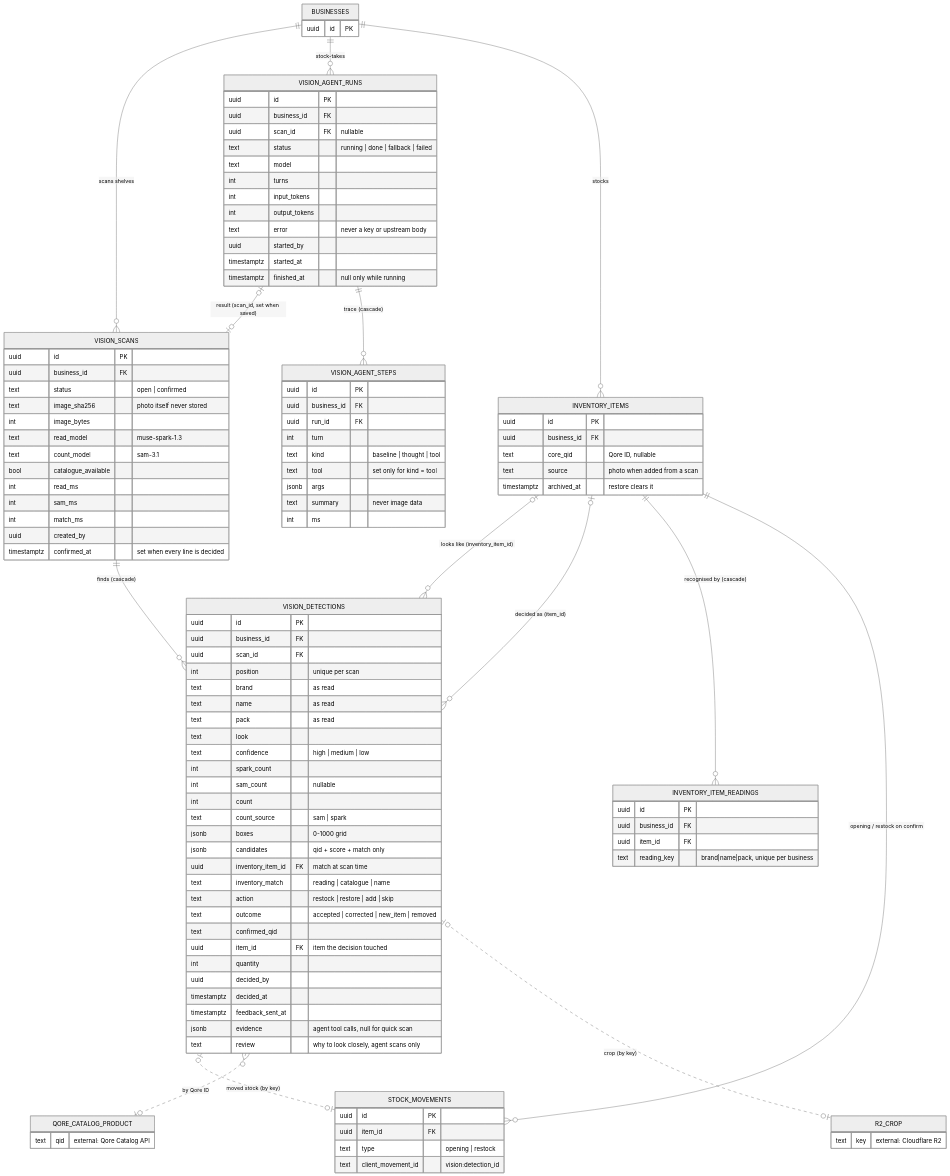
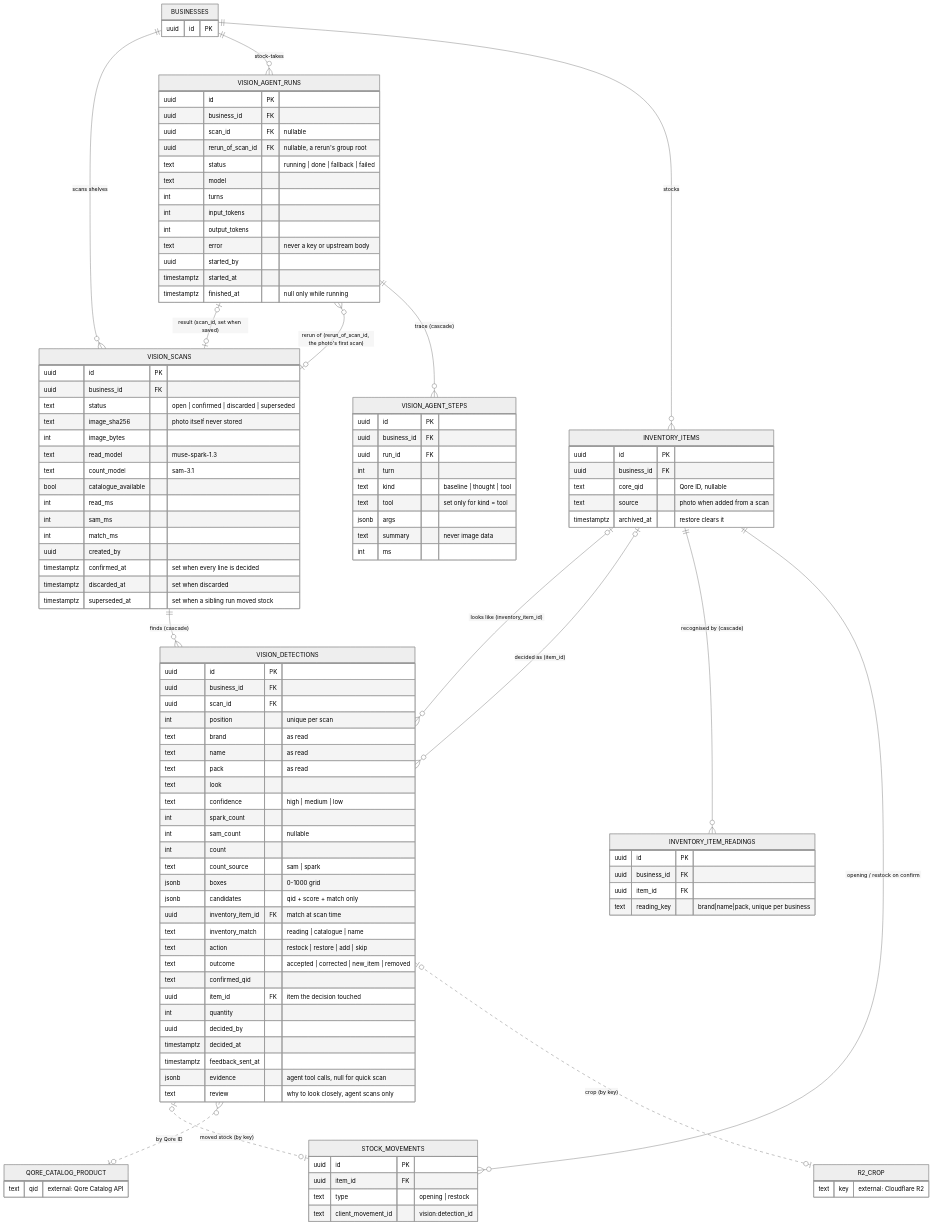
The diagram in docs/diagrams/mermaid/vision-schema-erd.mmd (usecorehq/tally), drawn with Mermaid before and after one commit. The commit also changed 7 other files, not shown here.

Commit message:
docs: stock-take rerun, discard and superseded scans

```diff
--- a/docs/diagrams/mermaid/vision-schema-erd.mmd
+++ b/docs/diagrams/mermaid/vision-schema-erd.mmd
@@ -1,114 +1,118 @@
 %%{init: {"theme": "neutral"} }%%
 erDiagram
     %% Solid line = foreign key in Postgres. Dashed line = soft link (a value, no FK).
     BUSINESSES ||--o{ VISION_SCANS : "scans shelves"
     BUSINESSES ||--o{ VISION_AGENT_RUNS : "stock-takes"
     BUSINESSES ||--o{ INVENTORY_ITEMS : stocks
     VISION_SCANS ||--o{ VISION_DETECTIONS : "finds (cascade)"
     VISION_AGENT_RUNS |o--o| VISION_SCANS : "result (scan_id, set when saved)"
+    VISION_AGENT_RUNS }o--o| VISION_SCANS : "rerun of (rerun_of_scan_id, the photo's first scan)"
     VISION_AGENT_RUNS ||--o{ VISION_AGENT_STEPS : "trace (cascade)"
     INVENTORY_ITEMS |o--o{ VISION_DETECTIONS : "looks like (inventory_item_id)"
     INVENTORY_ITEMS |o--o{ VISION_DETECTIONS : "decided as (item_id)"
     INVENTORY_ITEMS ||--o{ INVENTORY_ITEM_READINGS : "recognised by (cascade)"
     INVENTORY_ITEMS ||--o{ STOCK_MOVEMENTS : "opening / restock on confirm"
     VISION_DETECTIONS |o..o| STOCK_MOVEMENTS : "moved stock (by key)"
     VISION_DETECTIONS }o..o| QORE_CATALOG_PRODUCT : "by Qore ID"
     VISION_DETECTIONS |o..o| R2_CROP : "crop (by key)"
 
     BUSINESSES {
         uuid id PK
     }
     INVENTORY_ITEMS {
         uuid id PK
         uuid business_id FK
         text core_qid "Qore ID, nullable"
         text source "photo when added from a scan"
         timestamptz archived_at "restore clears it"
     }
     VISION_SCANS {
         uuid id PK
         uuid business_id FK
-        text status "open | confirmed"
+        text status "open | confirmed | discarded | superseded"
         text image_sha256 "photo itself never stored"
         int image_bytes
         text read_model "muse-spark-1.3"
         text count_model "sam-3.1"
         bool catalogue_available
         int read_ms
         int sam_ms
         int match_ms
         uuid created_by
         timestamptz confirmed_at "set when every line is decided"
+        timestamptz discarded_at "set when discarded"
+        timestamptz superseded_at "set when a sibling run moved stock"
     }
     VISION_DETECTIONS {
         uuid id PK
         uuid business_id FK
         uuid scan_id FK
         int position "unique per scan"
         text brand "as read"
         text name "as read"
         text pack "as read"
         text look
         text confidence "high | medium | low"
         int spark_count
         int sam_count "nullable"
         int count
         text count_source "sam | spark"
         jsonb boxes "0-1000 grid"
         jsonb candidates "qid + score + match only"
         uuid inventory_item_id FK "match at scan time"
         text inventory_match "reading | catalogue | name"
         text action "restock | restore | add | skip"
         text outcome "accepted | corrected | new_item | removed"
         text confirmed_qid
         uuid item_id FK "item the decision touched"
         int quantity
         uuid decided_by
         timestamptz decided_at
         timestamptz feedback_sent_at
         jsonb evidence "agent tool calls, null for quick scan"
         text review "why to look closely, agent scans only"
     }
     INVENTORY_ITEM_READINGS {
         uuid id PK
         uuid business_id FK
         uuid item_id FK
         text reading_key "brand|name|pack, unique per business"
     }
     VISION_AGENT_RUNS {
         uuid id PK
         uuid business_id FK
         uuid scan_id FK "nullable"
+        uuid rerun_of_scan_id FK "nullable, a rerun's group root"
         text status "running | done | fallback | failed"
         text model
         int turns
         int input_tokens
         int output_tokens
         text error "never a key or upstream body"
         uuid started_by
         timestamptz started_at
         timestamptz finished_at "null only while running"
     }
     VISION_AGENT_STEPS {
         uuid id PK
         uuid business_id FK
         uuid run_id FK
         int turn
         text kind "baseline | thought | tool"
         text tool "set only for kind = tool"
         jsonb args
         text summary "never image data"
         int ms
     }
     STOCK_MOVEMENTS {
         uuid id PK
         uuid item_id FK
         text type "opening | restock"
         text client_movement_id "vision:detection_id"
     }
     QORE_CATALOG_PRODUCT {
         text qid "external: Qore Catalog API"
     }
     R2_CROP {
         text key "external: Cloudflare R2"
     }
```
